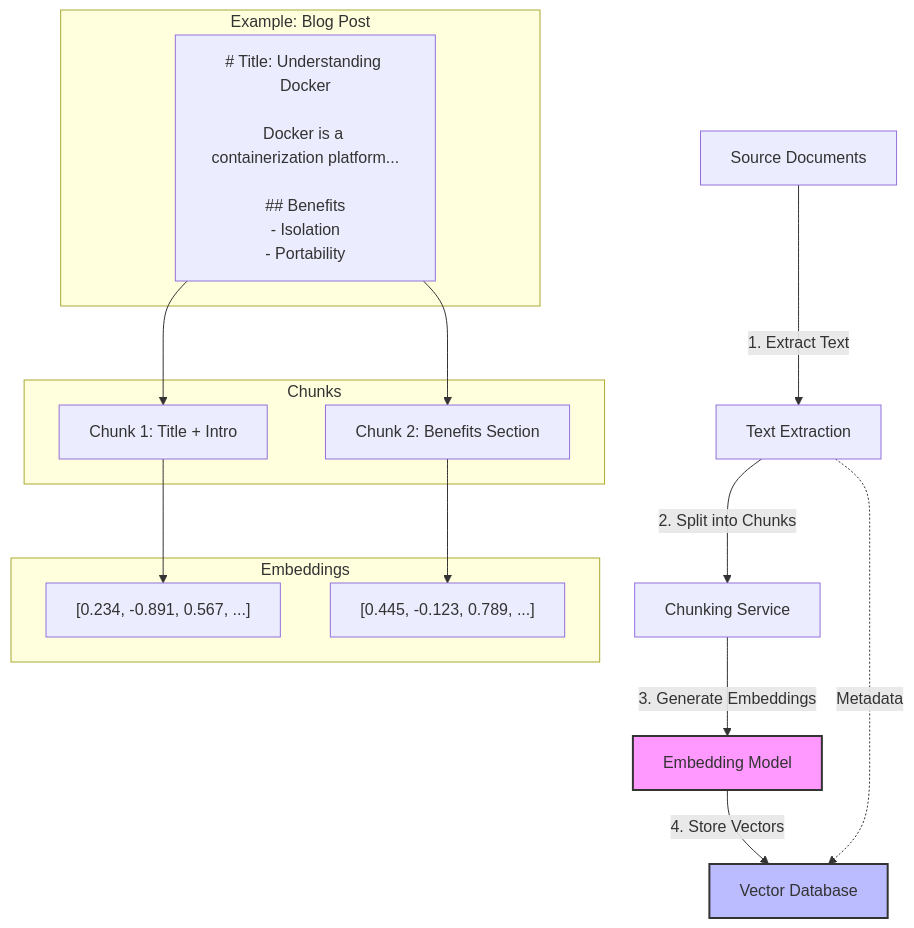
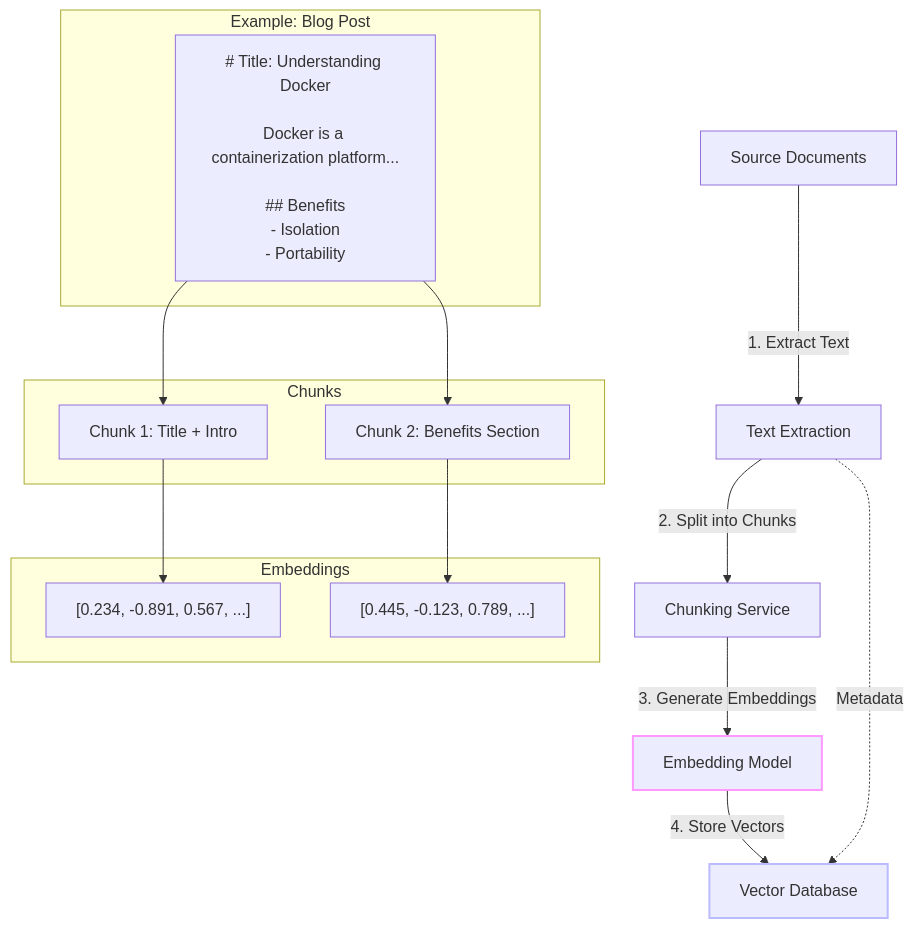
The second of 9 diagrams in Mostlylucid/Markdown/rag-primer.md (Shaddix/mostlylucidweb), drawn with Mermaid before and after one commit. The commit also changed other lines of this file and 7 other files, not shown here.

````diff
--- a/Mostlylucid/Markdown/rag-primer.md
+++ b/Mostlylucid/Markdown/rag-primer.md
@@ -105,31 +161,31 @@
 ```mermaid
 flowchart TB
     A[Source Documents] -->|1. Extract Text| B[Text Extraction]
     B -->|2. Split into Chunks| C[Chunking Service]
     C -->|3. Generate Embeddings| D[Embedding Model]
     D -->|4. Store Vectors| E[Vector Database]
 
     B -.Metadata.-> E
 
     subgraph "Example: Blog Post"
         F["# Title: Understanding Docker\n\nDocker is a containerization platform...\n\n## Benefits\n- Isolation\n- Portability"]
     end
 
     subgraph "Chunks"
         G["Chunk 1: Title + Intro"]
         H["Chunk 2: Benefits Section"]
     end
 
     subgraph "Embeddings"
         I["[0.234, -0.891, 0.567, ...]"]
         J["[0.445, -0.123, 0.789, ...]"]
     end
 
     F --> G
     F --> H
     G --> I
     H --> J
 
-    style D fill:#f9f,stroke:#333,stroke-width:2px
-    style E fill:#bbf,stroke:#333,stroke-width:2px
+    style D stroke:#f9f,stroke-width:2px
+    style E stroke:#bbf,stroke-width:2px
 ```
````
